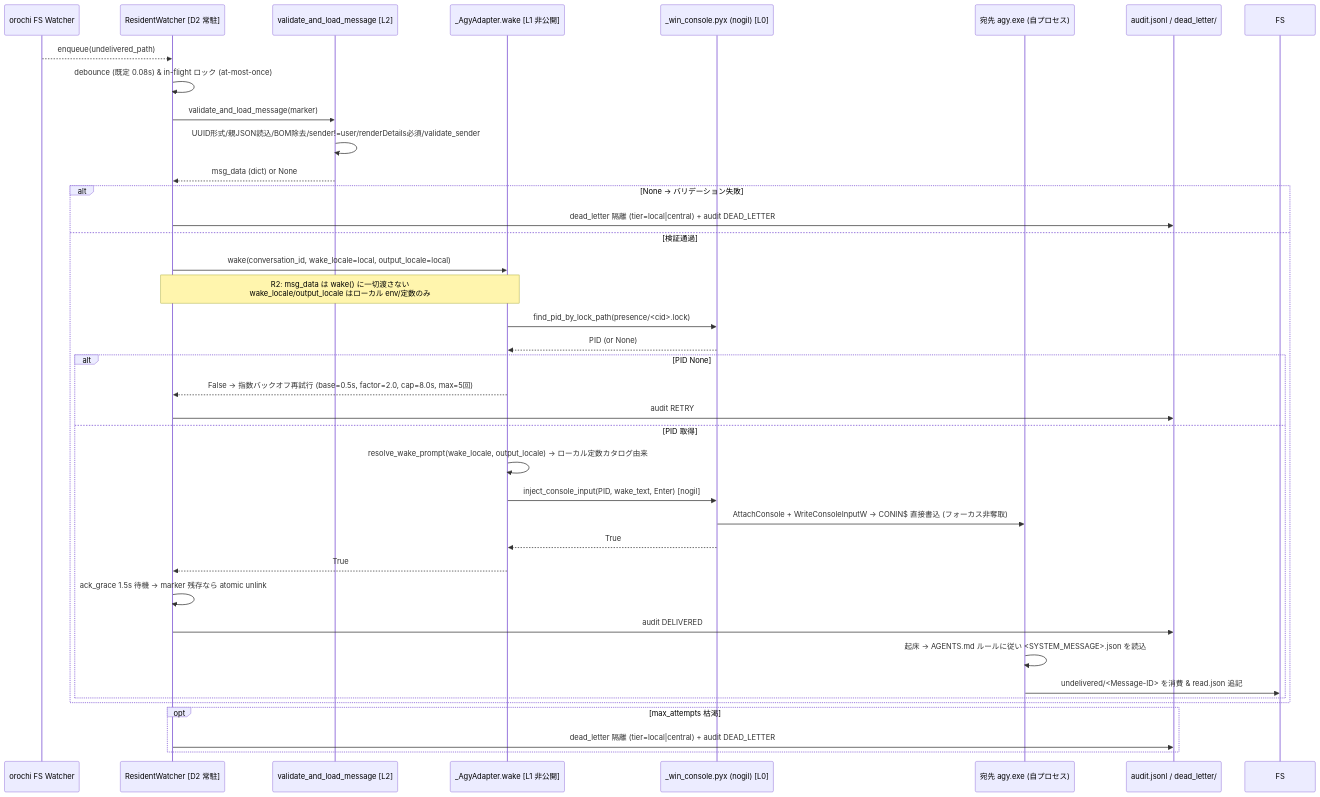
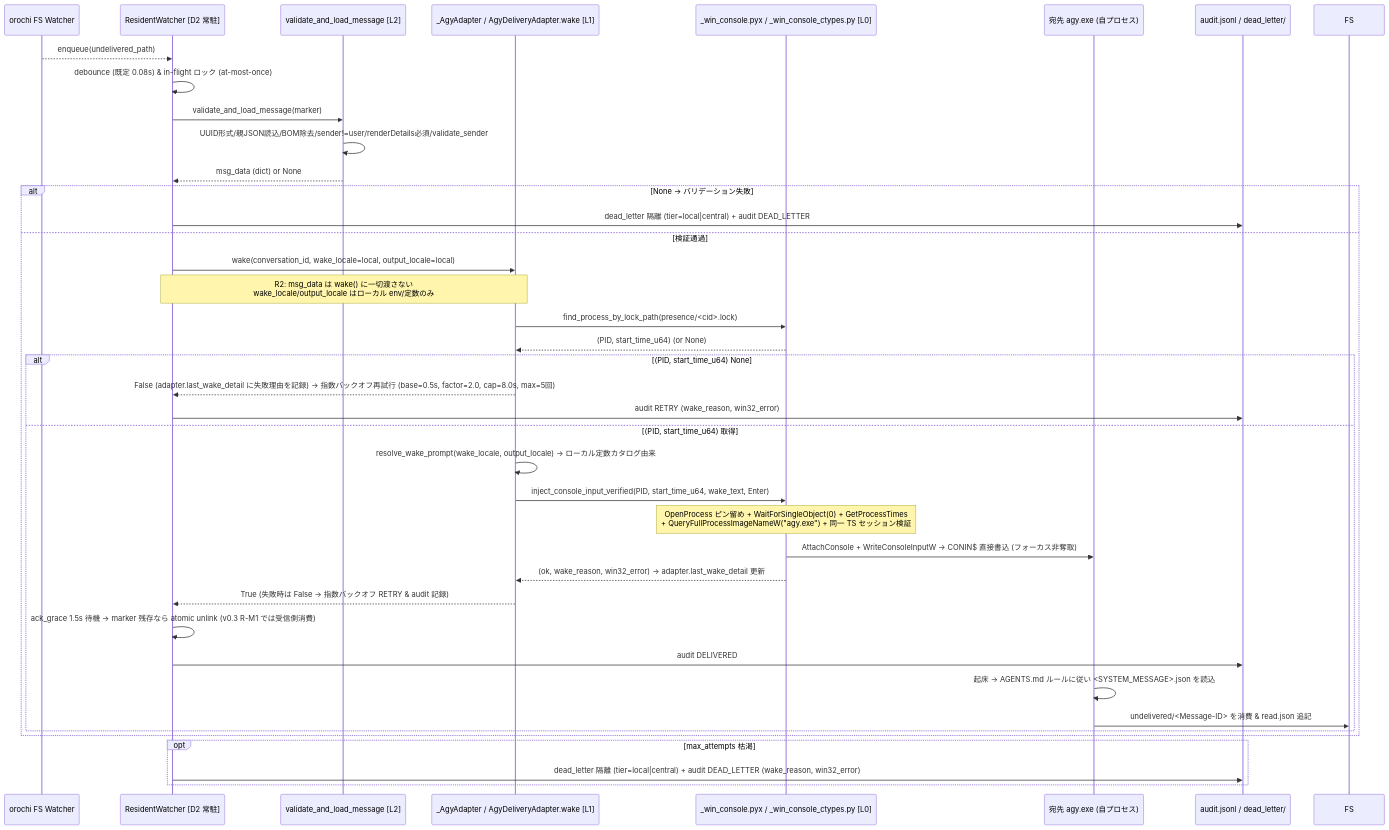
Before and after one commit to Ibusa-T/agentknock: the second of 2 diagrams in docs/WORK_FLOW.md, drawn with Mermaid. The commit also changed other lines of this file and 3 other files, not shown here.

First line of the commit message:
fix(build): make _win_console.pyx Cython-compilable + regen _win_console.c

````diff
--- a/docs/WORK_FLOW.md
+++ b/docs/WORK_FLOW.md
@@ -80,41 +80,42 @@
 ```mermaid
 sequenceDiagram
     participant Orochi as orochi FS Watcher
     participant Watcher as ResidentWatcher [D2 常駐]
     participant Validator as validate_and_load_message [L2]
-    participant Adapter as _AgyAdapter.wake [L1 非公開]
-    participant Win as _win_console.pyx (nogil) [L0]
+    participant Adapter as _AgyAdapter / AgyDeliveryAdapter.wake [L1]
+    participant Win as _win_console.pyx / _win_console_ctypes.py [L0]
     participant Target as 宛先 agy.exe (自プロセス)
     participant Audit as audit.jsonl / dead_letter/
 
     Orochi-->>Watcher: enqueue(undelivered_path)  # heapq スケジューラ
     Watcher->>Watcher: debounce (既定 0.08s) & in-flight ロック (at-most-once)
     Watcher->>Validator: validate_and_load_message(marker)
     Validator->>Validator: UUID形式/親JSON読込/BOM除去/sender!=user/renderDetails必須/validate_sender
     Validator-->>Watcher: msg_data (dict) or None
     alt None → バリデーション失敗
         Watcher->>Audit: dead_letter 隔離 (tier=local|central) + audit DEAD_LETTER
     else 検証通過
         Watcher->>Adapter: wake(conversation_id, wake_locale=local, output_locale=local)
         Note over Watcher,Adapter: R2: msg_data は wake() に一切渡さない<br/>wake_locale/output_locale はローカル env/定数のみ
-        Adapter->>Win: find_pid_by_lock_path(presence/<cid>.lock)
-        Win-->>Adapter: PID (or None)
-        alt PID None
-            Adapter-->>Watcher: False → 指数バックオフ再試行 (base=0.5s, factor=2.0, cap=8.0s, max=5回)
-            Watcher->>Audit: audit RETRY
-        else PID 取得
+        Adapter->>Win: find_process_by_lock_path(presence/<cid>.lock)
+        Win-->>Adapter: (PID, start_time_u64) (or None)
+        alt (PID, start_time_u64) None
+            Adapter-->>Watcher: False (adapter.last_wake_detail に失敗理由を記録) → 指数バックオフ再試行 (base=0.5s, factor=2.0, cap=8.0s, max=5回)
+            Watcher->>Audit: audit RETRY (wake_reason, win32_error)
+        else (PID, start_time_u64) 取得
             Adapter->>Adapter: resolve_wake_prompt(wake_locale, output_locale) → ローカル定数カタログ由来
-            Adapter->>Win: inject_console_input(PID, wake_text, Enter) [nogil]
+            Adapter->>Win: inject_console_input_verified(PID, start_time_u64, wake_text, Enter)
+            Note over Win: OpenProcess ピン留め + WaitForSingleObject(0) + GetProcessTimes<br/>+ QueryFullProcessImageNameW("agy.exe") + 同一 TS セッション検証
             Win->>Target: AttachConsole + WriteConsoleInputW → CONIN$ 直接書込 (フォーカス非奪取)
-            Win-->>Adapter: True
-            Adapter-->>Watcher: True
-            Watcher->>Watcher: ack_grace 1.5s 待機 → marker 残存なら atomic unlink
+            Win-->>Adapter: (ok, wake_reason, win32_error) → adapter.last_wake_detail 更新
+            Adapter-->>Watcher: True (失敗時は False → 指数バックオフ RETRY & audit 記録)
+            Watcher->>Watcher: ack_grace 1.5s 待機 → marker 残存なら atomic unlink (v0.3 R-M1 では受信側消費)
             Watcher->>Audit: audit DELIVERED
             Target->>Target: 起床 → AGENTS.md ルールに従い <SYSTEM_MESSAGE>.json を読込
             Target->>FS: undelivered/<Message-ID> を消費 & read.json 追記
         end
     end
     opt max_attempts 枯渇
-        Watcher->>Audit: dead_letter 隔離 (tier=local|central) + audit DEAD_LETTER
+        Watcher->>Audit: dead_letter 隔離 (tier=local|central) + audit DEAD_LETTER (wake_reason, win32_error)
     end
 ```
````
